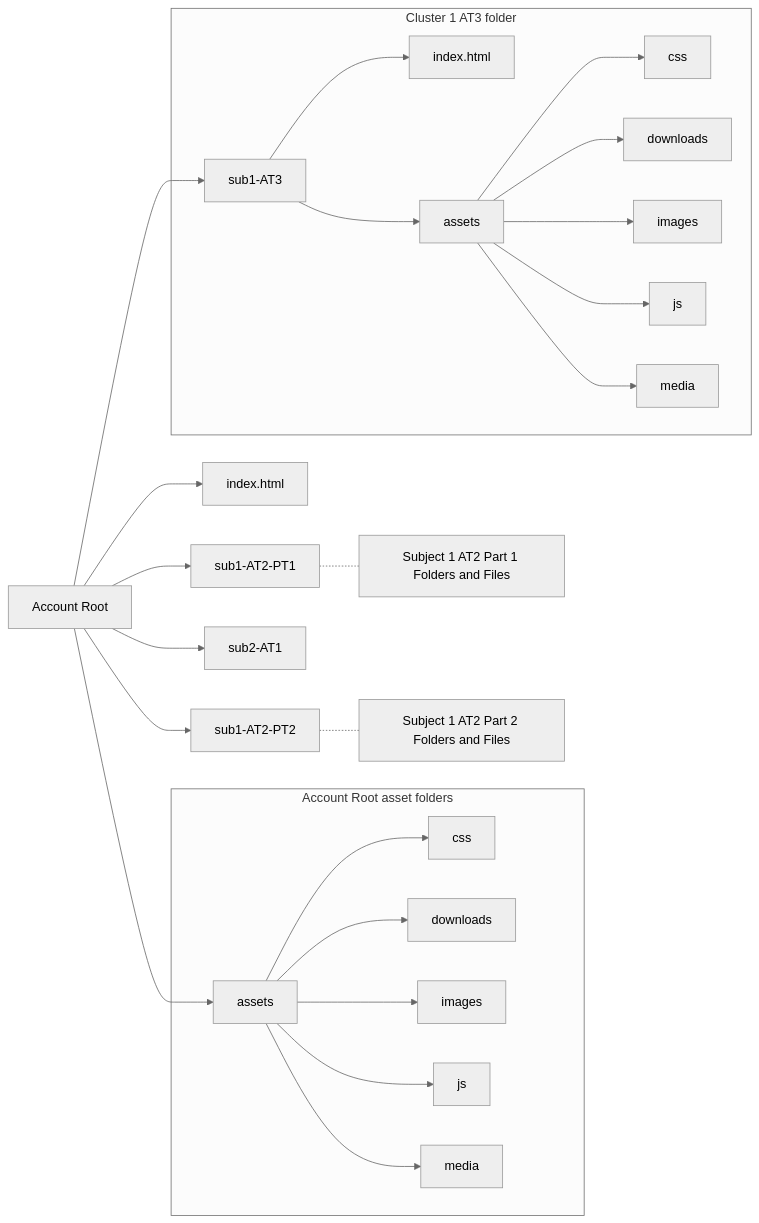
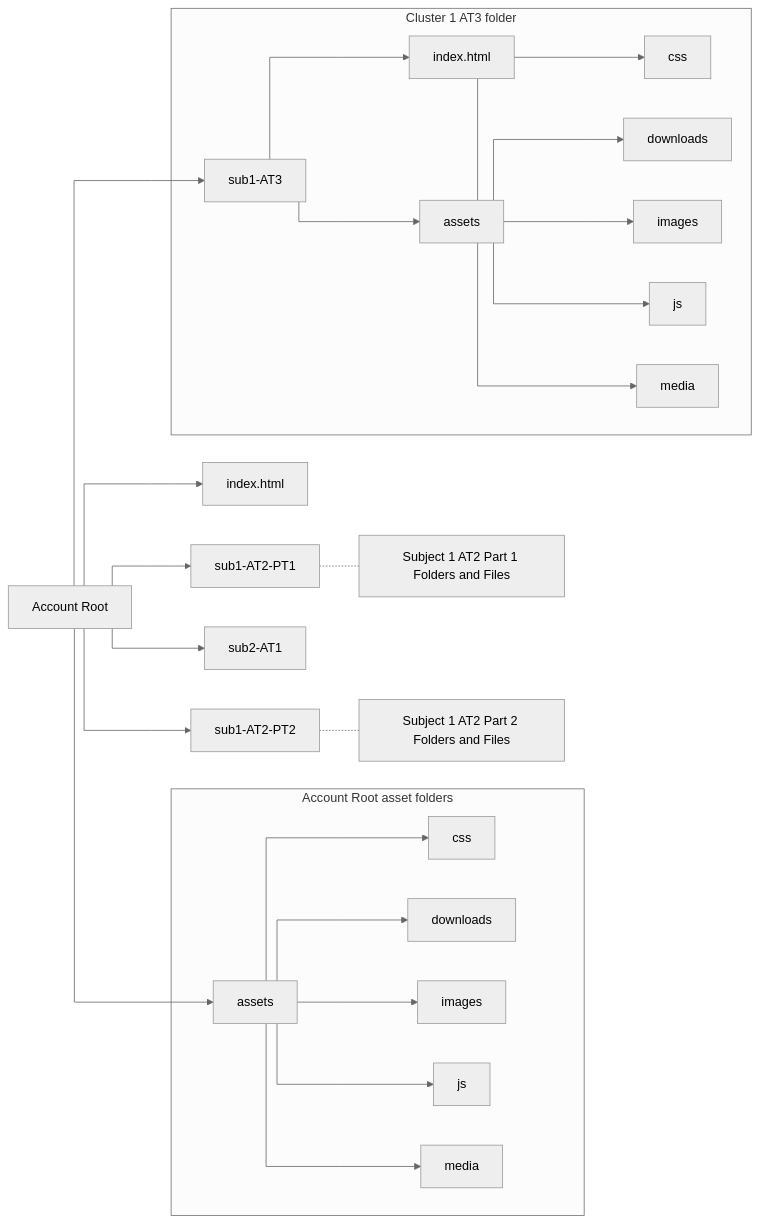
One commit to AdyGCode/C4-Multi-Sites changed the diagram in ReadMe.md. Above: the diagram before and after it, drawn with Mermaid. The commit also changed other lines of this file, not shown here.

Commit message:
init: Setting up Site
- .gitignore added
- ReadMe.md added

````diff
--- a/ReadMe.md
+++ b/ReadMe.md
@@ -8,33 +7,33 @@
 ```mermaid
 %%{
   initialize: {
-    "theme" : "neutral"
+    'theme' : 'neutral',
+     'flowchart': { 'curve': 'stepBefore' }
   }
 }%%
-
 flowchart LR
     A[Account Root] --> B[assets]
     A --> AI[index.html]
     subgraph Account Root asset folders
     B --> BA[css]
     B --> BB[downloads]
     B --> BC[images]
     B --> BD[js]
     B --> BE[media]
     end
     A --> C[sub1-AT2-PT1]
     C -.- CA[Subject 1 AT2 Part 1 Folders and Files]
     A --> D[sub1-AT2-PT2]
     D -.- DA[Subject 1 AT2 Part 2 Folders and Files]
     A --> E[sub1-AT3]
     subgraph Cluster 1 AT3 folder
     E --> EI[index.html]
     E --> EZ[assets]
     EZ --> EA[css]
     EZ --> EB[downloads]
     EZ --> EC[images]
     EZ --> ED[js]
     EZ --> EE[media]
     end
     A --> F[sub2-AT1]
 ```
````
